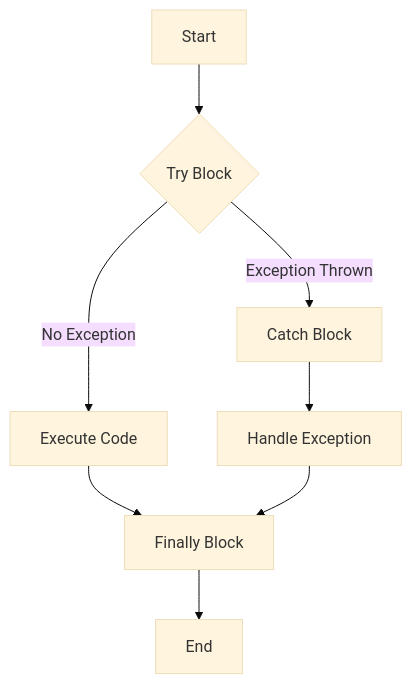
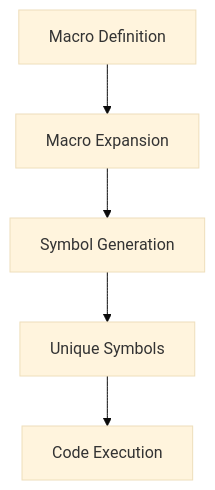
Before and after one commit to MasteryEducation/ClojureForJava.com: the diagram in content/1/9/5/1/index.md, drawn with Mermaid (base theme). The commit also changed other lines of this file and 915 other files, not shown here.

````diff
--- a/content/1/9/5/1/index.md
+++ b/content/1/9/5/1/index.md
@@ -150,10 +128,7 @@
 ```mermaid
-flowchart TD
-    A[Start] --> B{Try Block}
-    B -->|No Exception| C[Execute Code]
-    B -->|Exception Thrown| D[Catch Block]
-    D --> E[Handle Exception]
-    C --> F[Finally Block]
-    E --> F
-    F --> G[End]
+graph TD;
+    A[Macro Definition] --> B[Macro Expansion];
+    B --> C[Symbol Generation];
+    C --> D[Unique Symbols];
+    D --> E[Code Execution];
 ```
````
